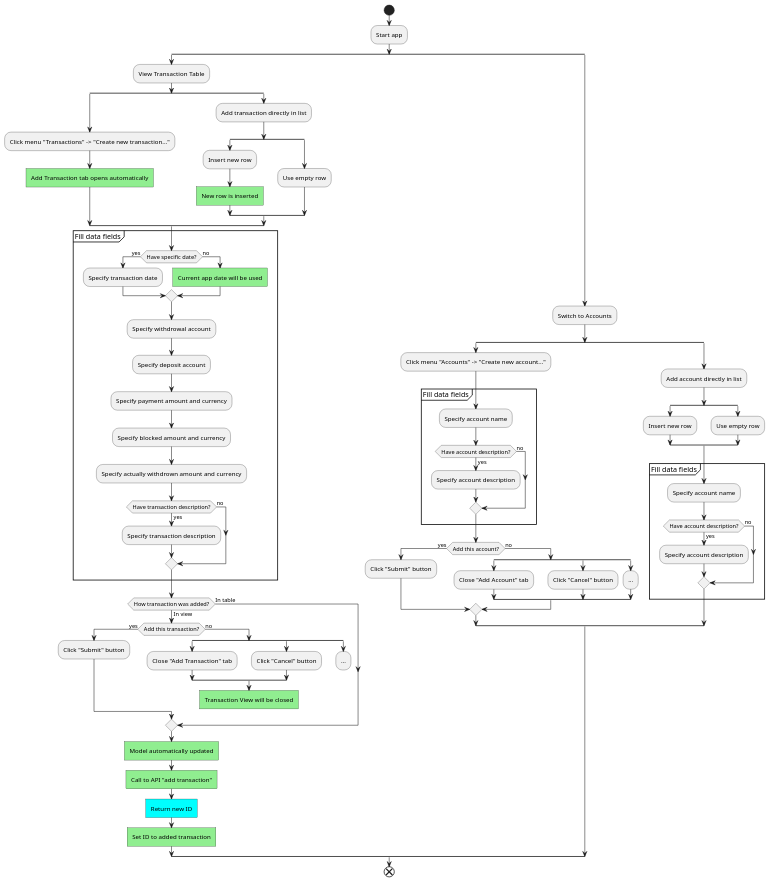
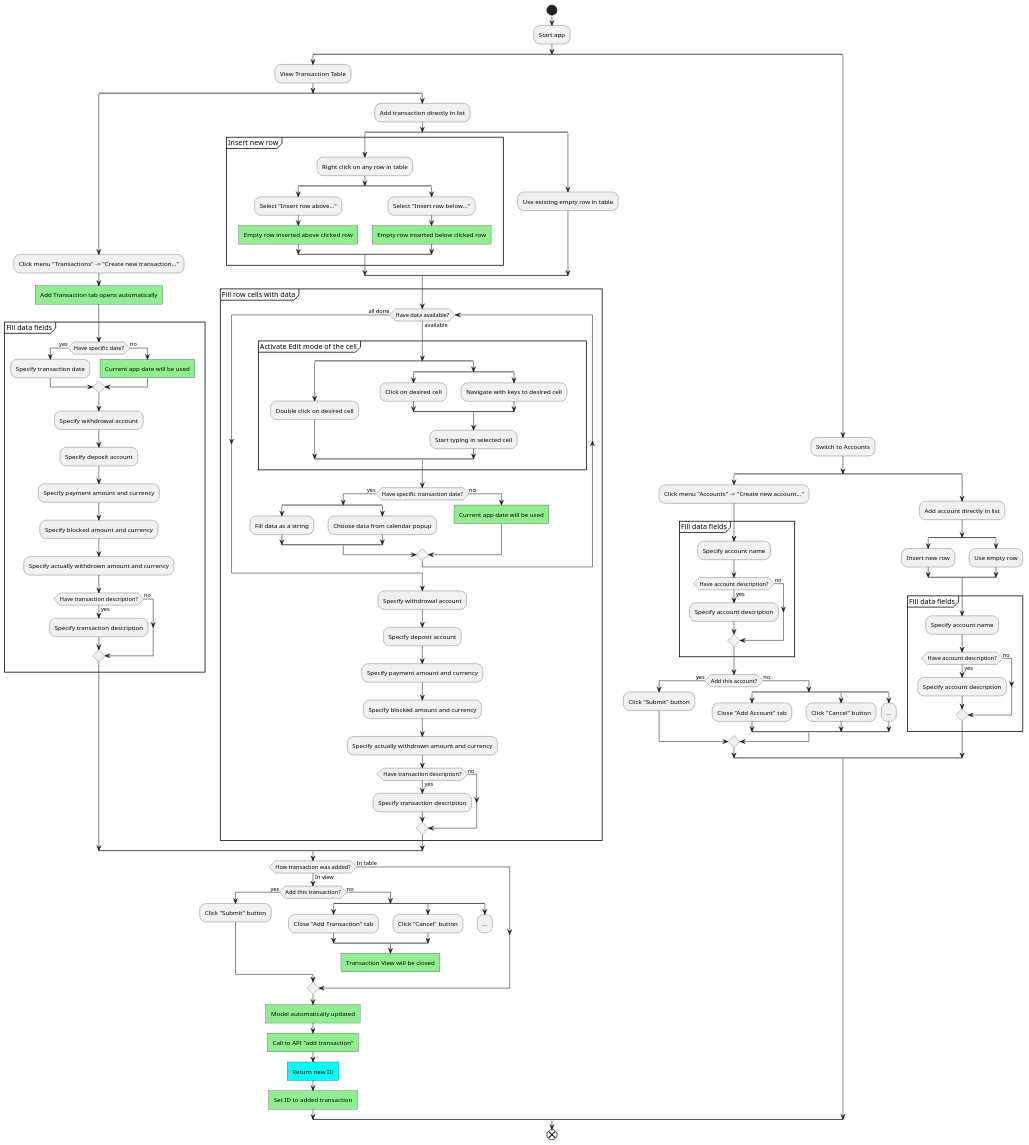
Before and after one commit to vduseev/accountant: the diagram in accountant_desktop/diagrams/activity/whole.puml, drawn with PlantUML. The commit also changed 1 other file, not shown here.

Commit message:
Tried out different approaches with activity diagram and use case diagram, but they do not represent it the way I want

```diff
--- a/accountant_desktop/diagrams/activity/whole.puml
+++ b/accountant_desktop/diagrams/activity/whole.puml
@@ -1,123 +1,170 @@
 @startuml
 start
 
 :Start app;
 
 'Remain on transaction table'
 split
   :View Transaction Table;
 
   'Create transaction through application menu'
   split
     :Click menu "Transactions" -> "Create new transaction...";
     #lightgreen:Add Transaction tab opens automatically]
 
+    partition "Fill data fields" {
+      if (Have specific date?) then (yes)
+        :Specify transaction date;
+      else (no)
+        #lightgreen:Current app date will be used]
+      endif
+
+      :Specify withdrowal account;
+      :Specify deposit account;
+      :Specify payment amount and currency;
+      :Specify blocked amount and currency;
+      :Specify actually withdrown amount and currency;
+
+      if (Have transaction description?) then (yes)
+        :Specify transaction description;
+      else (no)
+      endif
+    }
+
   'Create transaction in transaction table'
   split again
     :Add transaction directly in list;
 
     split
-      :Insert new row;
-      #lightgreen:New row is inserted]
+      partition "Insert new row" {
+        :Right click on any row in table;
+        split
+          :Select "Insert row above...";
+          #lightgreen:Empty row inserted above clicked row]
+        split again
+          :Select "Insert row below...";
+          #lightgreen:Empty row inserted below clicked row]
+        end split
+      }
     split again
-      :Use empty row;
+      :Use existing empty row in table;
     end split
 
+    partition "Fill row cells with data" {
+      while (Have data available?) is (available)
+        partition "Activate Edit mode of the cell" {
+          split
+            :Double click on desired cell;
+          split again
+            'navigate to desired cell'
+            split
+              :Click on desired cell;
+            split again
+              :Navigate with keys to desired cell;
+            end split
+            :Start typing in selected cell;
+          end split
+        }
+
+        if (Have specific transaction date?) then (yes)
+          split
+            :Fill data as a string;
+          split again
+            :Choose data from calendar popup;
+          end split
+        else (no)
+          #lightgreen:Current app date will be used]
+        endif
+      endwhile (all done)
+
+      :Specify withdrowal account;
+      :Specify deposit account;
+      :Specify payment amount and currency;
+      :Specify blocked amount and currency;
+      :Specify actually withdrown amount and currency;
+
+      if (Have transaction description?) then (yes)
+        :Specify transaction description;
+      else (no)
+      endif
+    }
+
   end split
-
-  partition "Fill data fields" {
-    if (Have specific date?) then (yes)
-      :Specify transaction date;
-    else (no)
-      #lightgreen:Current app date will be used]
-    endif
-
-    :Specify withdrowal account;
-    :Specify deposit account;
-    :Specify payment amount and currency;
-    :Specify blocked amount and currency;
-    :Specify actually withdrown amount and currency;
-
-    if (Have transaction description?) then (yes)
-      :Specify transaction description;
-    else (no)
-    endif
-  }
 
   if (How transaction was added?) then (In view)
     if (Add this transaction?) then (yes)
       :Click "Submit" button;
     else (no)
       split
         :Close "Add Transaction" tab;
       split again
         :Click "Cancel" button;
       split again
         :...;
         detach
       end split
       #lightgreen:Transaction View will be closed]
       detach
     endif
   else (In table)
   endif
 
   #lightgreen:Model automatically updated]
   #lightgreen:Call to API "add transaction"]
   #cyan:Return new ID]
   #lightgreen:Set ID to added transaction]
 
 'Switch to Accounts table'
 split again
   :Switch to Accounts;
 
   'Create account through application menu'
   split
     :Click menu "Accounts" -> "Create new account...";
 
     partition "Fill data fields" {
       :Specify account name;
 
       if (Have account description?) then (yes)
         :Specify account description;
       else (no)
       endif
     }
 
     if (Add this account?) then (yes)
       :Click "Submit" button;
     else (no)
       split
         :Close "Add Account" tab;
       split again
         :Click "Cancel" button;
       split again
         :...;
       end split
     endif
 
   'Create account in account table'
   split again
     :Add account directly in list;
 
     split
       :Insert new row;
     split again
       :Use empty row;
     end split
 
     partition "Fill data fields" {
       :Specify account name;
 
       if (Have account description?) then (yes)
         :Specify account description;
       else (no)
       endif
     }
 
   end split
 
 end split
 
 end
 @enduml
```
